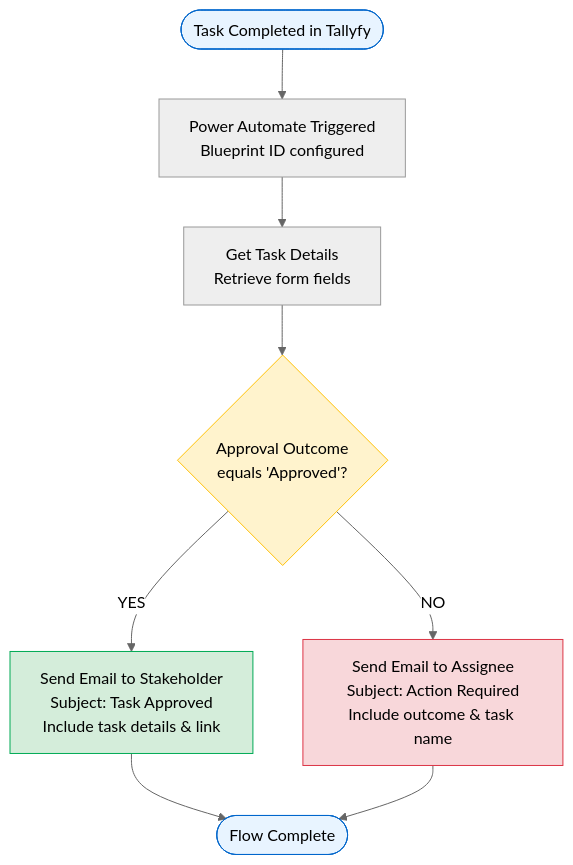
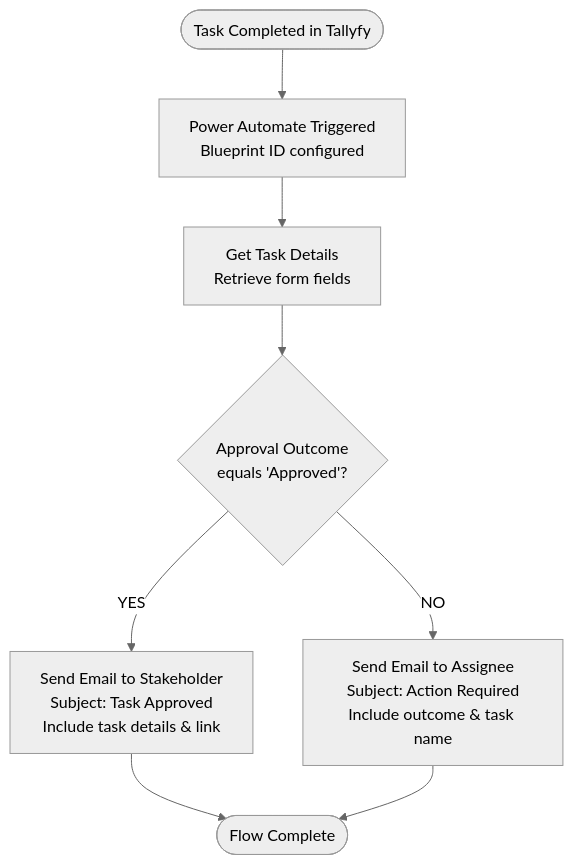
The diagram in src/content/docs/pro/integrations/middleware/power-automate/using-conditional-logic-in-power-automate.mdx (tallyfy/documentation), drawn with Mermaid (neutral theme) before and after one commit. The commit also changed 13 other files, not shown here.

First line of the commit message:
Remove style directives from Mermaid diagrams across documentation

````diff
--- a/src/content/docs/pro/integrations/middleware/power-automate/using-conditional-logic-in-power-automate.mdx
+++ b/src/content/docs/pro/integrations/middleware/power-automate/using-conditional-logic-in-power-automate.mdx
@@ -91,21 +91,16 @@
 ```mermaid
 flowchart TD
     Start([Task Completed in Tallyfy]) --> Trigger[Power Automate Triggered<br/>Blueprint ID configured]
     Trigger --> GetDetails[Get Task Details<br/>Retrieve form fields]
     GetDetails --> CheckApproval{Approval Outcome<br/>equals 'Approved'?}
     
     CheckApproval -->|YES| ApprovedEmail[Send Email to Stakeholder<br/>Subject: Task Approved<br/>Include task details & link]
     CheckApproval -->|NO| ActionEmail[Send Email to Assignee<br/>Subject: Action Required<br/>Include outcome & task name]
     
     ApprovedEmail --> End([Flow Complete])
     ActionEmail --> End
     
-    style Start fill:#E8F4FF,stroke:#0066CC
-    style CheckApproval fill:#FFF3CD,stroke:#FFC107
-    style ApprovedEmail fill:#D4EDDA,stroke:#00AA55
-    style ActionEmail fill:#F8D7DA,stroke:#DC3545
-    style End fill:#E8F4FF,stroke:#0066CC
     
     click GetDetails "/products/pro/tracking-and-tasks/tasks/" "Learn about Tallyfy tasks"
     click CheckApproval "/products/pro/tracking-and-tasks/tasks/what-are-form-fields-in-tallyfy/" "Understanding form fields"
 ```
````
